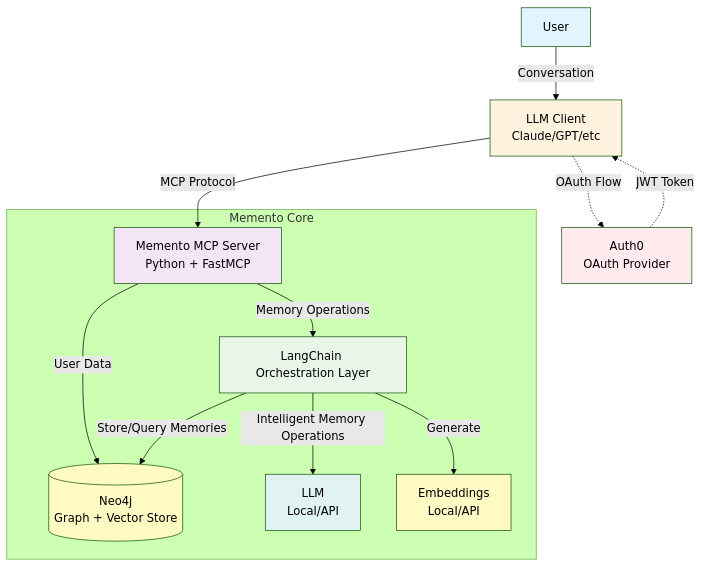
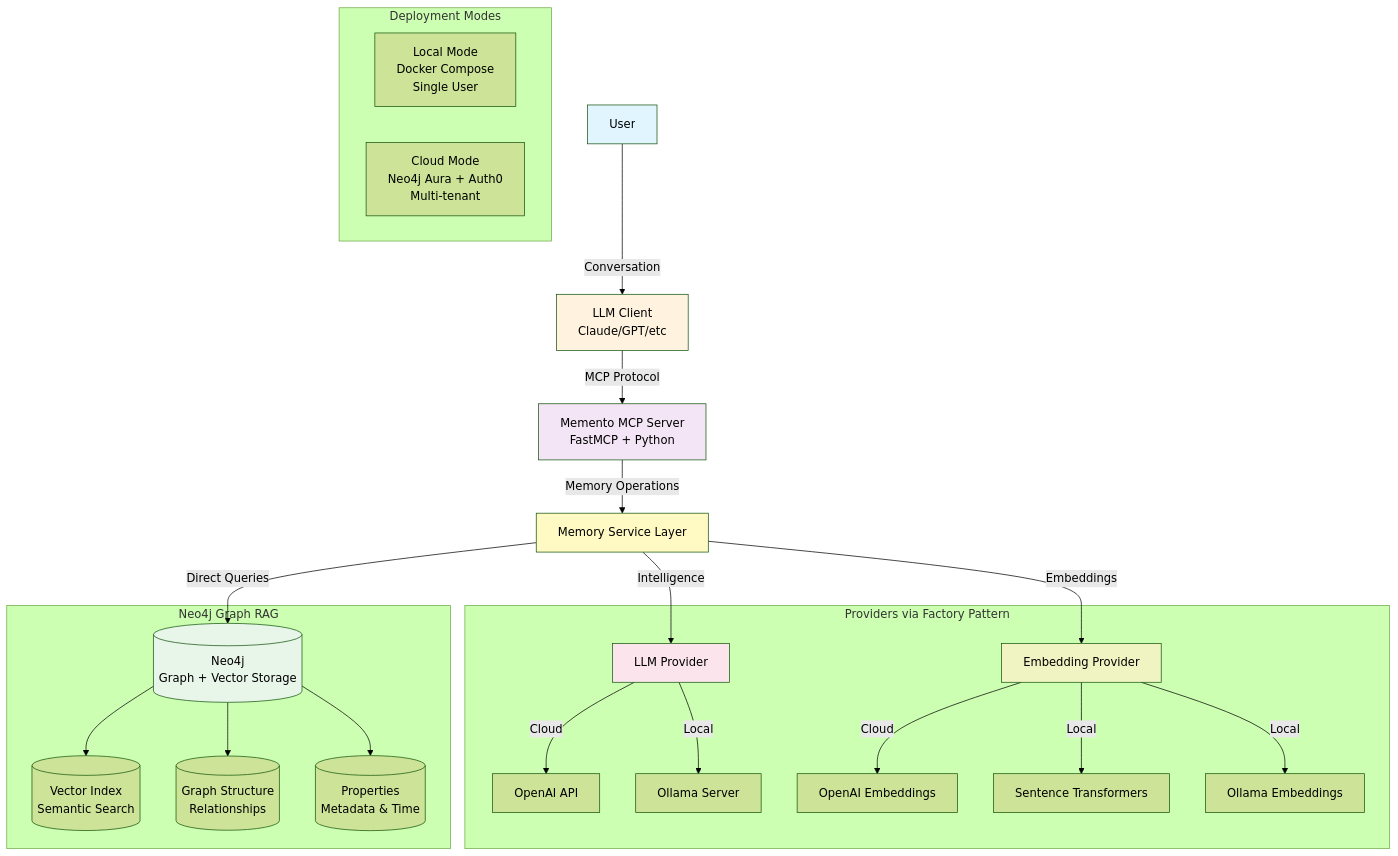
One commit to rigrergl/memento changed the diagram in README.md. Above: the diagram before and after it, drawn with Mermaid (forest theme). The commit also changed other lines of this file, not shown here.

Commit message:
Update README to remove LangChain

````diff
--- a/README.md
+++ b/README.md
@@ -11,33 +11,39 @@
 ```mermaid
 graph TB
     User[User] -->|Conversation| Client[LLM Client<br/>Claude/GPT/etc]
-    Client -->|MCP Protocol| MCP[Memento MCP Server<br/>Python + FastMCP]
-    Client -.->|OAuth Flow| Auth0[Auth0<br/>OAuth Provider]
-    Auth0 -.->|JWT Token| Client
+    Client -->|MCP Protocol| MCP[Memento MCP Server<br/>FastMCP + Python]
     
-    MCP -->|Memory Operations| LC[LangChain Orchestration Layer]
-    MCP -->|User Data| Neo4j[(Neo4j<br/>Graph + Vector Store)]
+    MCP -->|Memory Operations| MS[Memory Service Layer]
     
-    LC -->|Store/Query Memories| Neo4j
-    LC -->|Intelligent Memory Operations| LLM[LLM<br/>Local/API]
-    LC -->|Generate| Embedder[Embeddings<br/>Local/API]
+    MS -->|Direct Queries| Neo4j[(Neo4j<br/>Graph + Vector Storage)]
+    MS -->|Intelligence| LLM[LLM Provider]
+    MS -->|Embeddings| EMB[Embedding Provider]
     
-    subgraph "Memento Core"
-        MCP
-        LC
-        LLM
-        Embedder
-        Neo4j
+    subgraph "Providers via Factory Pattern"
+        LLM -->|Cloud| OpenAI[OpenAI API]
+        LLM -->|Local| Ollama[Ollama Server]
+        
+        EMB -->|Cloud| OAIEmb[OpenAI Embeddings]
+        EMB -->|Local| STEmb[Sentence Transformers]
+        EMB -->|Local| OllamaEmb[Ollama Embeddings]
     end
     
-    Auth0
+    subgraph "Neo4j Graph RAG"
+        Neo4j --> VM[(Vector Index<br/>Semantic Search)]
+        Neo4j --> GM[(Graph Structure<br/>Relationships)]
+        Neo4j --> TM[(Properties<br/>Metadata & Time)]
+    end
+    
+    subgraph "Deployment Modes"
+        LocalMode[Local Mode<br/>Docker Compose<br/>Single User]
+        CloudMode[Cloud Mode<br/>Neo4j Aura + Auth0<br/>Multi-tenant]
+    end
     
     style User fill:#e1f5fe
     style Client fill:#fff3e0
     style MCP fill:#f3e5f5
-    style LC fill:#e8f5e9
-    style Neo4j fill:#fff9c4
-    style Auth0 fill:#ffebee
-    style LLM fill:#e0f2f1
-    style Embedder fill:#fff9c4
+    style MS fill:#fff9c4
+    style Neo4j fill:#e8f5e9
+    style LLM fill:#fce4ec
+    style EMB fill:#f0f4c3
 ```
````
